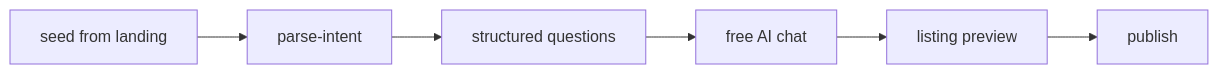
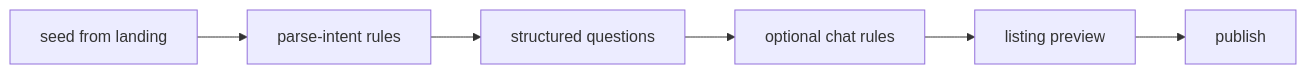
Before and after one commit to sasanappstore2/NiazFinder-main: the diagram in docs/NEED_INTAKE.md, drawn with Mermaid. The commit also changed other lines of this file and 900 other files, not shown here.

````diff
--- a/docs/NEED_INTAKE.md
+++ b/docs/NEED_INTAKE.md
@@ -5,10 +5,10 @@
 ```mermaid
 flowchart LR
   seed[seed from landing]
-  parse[parse-intent]
+  parse[parse-intent rules]
   questions[structured questions]
-  chat[free AI chat]
+  chat[optional chat rules]
   preview[listing preview]
   publish[publish]
   seed --> parse --> questions --> chat --> preview --> publish
 ```
````
